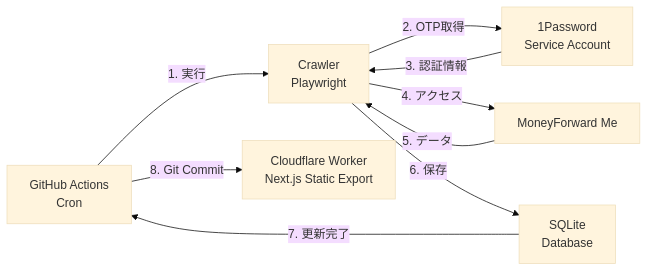
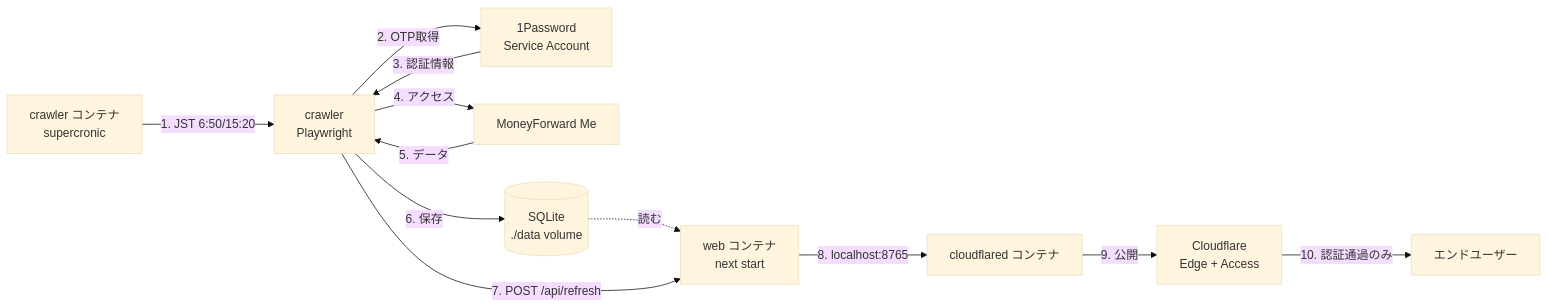
The diagram in README.md (hiroppy/mf-dashboard), drawn with Mermaid (base theme) before and after one commit. The commit also changed other lines of this file and 24 other files, not shown here.

````diff
--- a/README.md
+++ b/README.md
@@ -47,11 +47,14 @@
 ```mermaid
 graph LR
-    A[GitHub Actions<br/>Cron] -->|1. 実行| B[Crawler<br/>Playwright]
+    A[crawler コンテナ<br/>supercronic] -->|1. JST 6:50/15:20| B[crawler<br/>Playwright]
     B -->|2. OTP取得| E[1Password<br/>Service Account]
     E -->|3. 認証情報| B
     B -->|4. アクセス| F[MoneyForward Me]
     F -->|5. データ| B
-    B -->|6. 保存| C[SQLite<br/>Database]
-    C -->|7. 更新完了| A
-    A -->|8. Git Commit| D[Cloudflare Worker<br/>Next.js Static Export]
+    B -->|6. 保存| C[(SQLite<br/>./data volume)]
+    C -.読む.-> W[web コンテナ<br/>next start]
+    B -->|7. POST /api/refresh| W
+    W -->|8. localhost:8765| H[cloudflared コンテナ]
+    H -->|9. 公開| I[Cloudflare<br/>Edge + Access]
+    I -->|10. 認証通過のみ| J[エンドユーザー]
 ```
````
